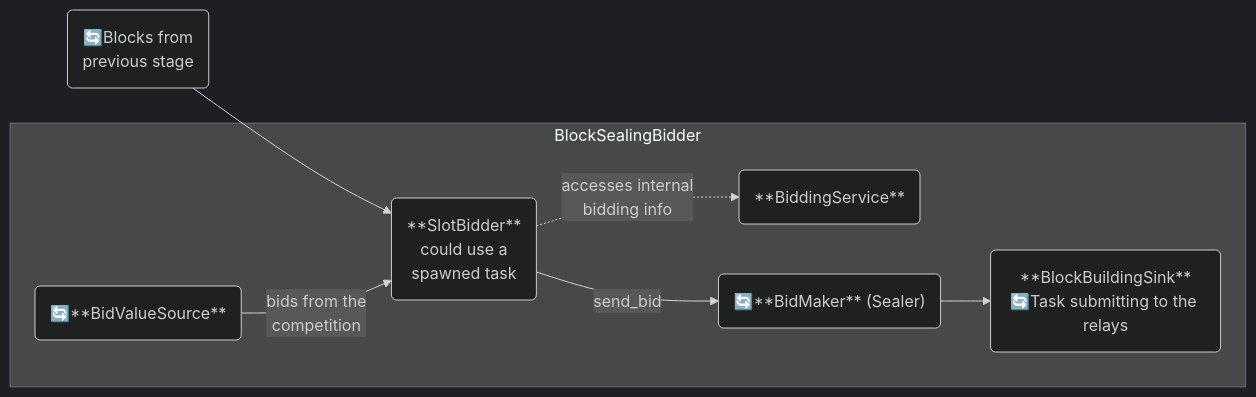
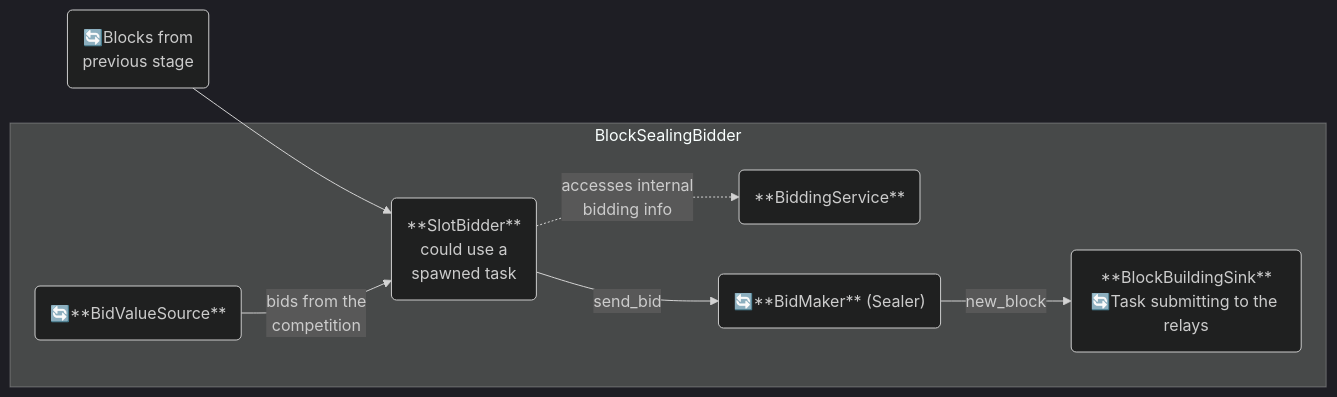
One commit to flashbots/rbuilder changed the third of 3 diagrams in docs/RBUILDER_CLASSES_AND_DATAFLOW.md. Above: the diagram before and after it, drawn with Mermaid (dark theme). The commit also changed other lines of this file, not shown here.

````diff
--- a/docs/RBUILDER_CLASSES_AND_DATAFLOW.md
+++ b/docs/RBUILDER_CLASSES_AND_DATAFLOW.md
@@ -158,12 +160,12 @@
 ```mermaid
   graph LR;
       Source("🔄Blocks from<br>previous stage")-->SlotBidder
       BiddingService("**BiddingService**")
       subgraph BlockSealingBidder
         SlotBidder("**SlotBidder**<br>could use a<br>spawned task")
         SlotBidder-."accesses internal<br>bidding info".->BiddingService
         BidValueSource("🔄**BidValueSource**")--bids from the<br>competition-->SlotBidder
         SlotBidder--"send_bid"-->Sealer("🔄**BidMaker** (Sealer)")
-        Sealer-->BlockBuildingSink("**BlockBuildingSink**<br>🔄Task submitting to the relays")
+        Sealer--"new_block"-->BlockBuildingSink("**BlockBuildingSink**<br>🔄Task submitting to the relays")
       end
 ```
````
